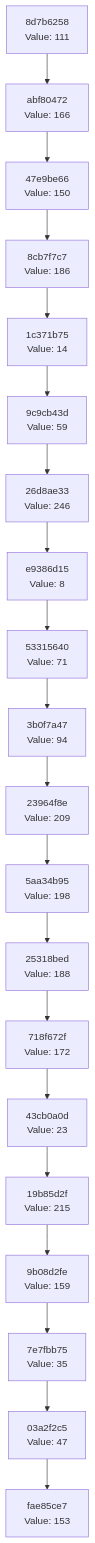
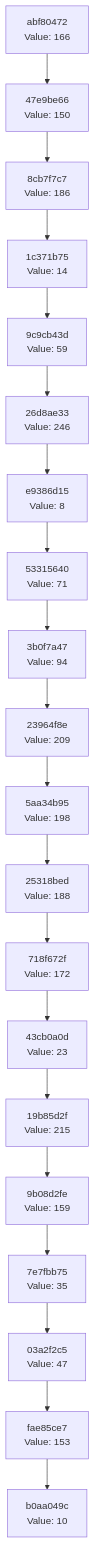
One commit to Abhisheksinha1506/hash-chain-evolver changed the diagram in docs/CHAIN_VISUALIZATION.md. Above: the diagram before and after it, drawn with Mermaid. The commit also changed 3 other files, not shown here.

````diff
--- a/docs/CHAIN_VISUALIZATION.md
+++ b/docs/CHAIN_VISUALIZATION.md
@@ -3,42 +3,42 @@
 ```mermaid
 graph TD
-    C0["fae85ce7<br/>Value: 153"]
-    C1["03a2f2c5<br/>Value: 47"]
+    C0["b0aa049c<br/>Value: 10"]
+    C1["fae85ce7<br/>Value: 153"]
     C1 --> C0
-    C2["7e7fbb75<br/>Value: 35"]
+    C2["03a2f2c5<br/>Value: 47"]
     C2 --> C1
-    C3["9b08d2fe<br/>Value: 159"]
+    C3["7e7fbb75<br/>Value: 35"]
     C3 --> C2
-    C4["19b85d2f<br/>Value: 215"]
+    C4["9b08d2fe<br/>Value: 159"]
     C4 --> C3
-    C5["43cb0a0d<br/>Value: 23"]
+    C5["19b85d2f<br/>Value: 215"]
     C5 --> C4
-    C6["718f672f<br/>Value: 172"]
+    C6["43cb0a0d<br/>Value: 23"]
     C6 --> C5
-    C7["25318bed<br/>Value: 188"]
+    C7["718f672f<br/>Value: 172"]
     C7 --> C6
-    C8["5aa34b95<br/>Value: 198"]
+    C8["25318bed<br/>Value: 188"]
     C8 --> C7
-    C9["23964f8e<br/>Value: 209"]
+    C9["5aa34b95<br/>Value: 198"]
     C9 --> C8
-    C10["3b0f7a47<br/>Value: 94"]
+    C10["23964f8e<br/>Value: 209"]
     C10 --> C9
-    C11["53315640<br/>Value: 71"]
+    C11["3b0f7a47<br/>Value: 94"]
     C11 --> C10
-    C12["e9386d15<br/>Value: 8"]
+    C12["53315640<br/>Value: 71"]
     C12 --> C11
-    C13["26d8ae33<br/>Value: 246"]
+    C13["e9386d15<br/>Value: 8"]
     C13 --> C12
-    C14["9c9cb43d<br/>Value: 59"]
+    C14["26d8ae33<br/>Value: 246"]
     C14 --> C13
-    C15["1c371b75<br/>Value: 14"]
+    C15["9c9cb43d<br/>Value: 59"]
     C15 --> C14
-    C16["8cb7f7c7<br/>Value: 186"]
+    C16["1c371b75<br/>Value: 14"]
     C16 --> C15
-    C17["47e9be66<br/>Value: 150"]
+    C17["8cb7f7c7<br/>Value: 186"]
     C17 --> C16
-    C18["abf80472<br/>Value: 166"]
+    C18["47e9be66<br/>Value: 150"]
     C18 --> C17
-    C19["8d7b6258<br/>Value: 111"]
+    C19["abf80472<br/>Value: 166"]
     C19 --> C18
 ```
````
